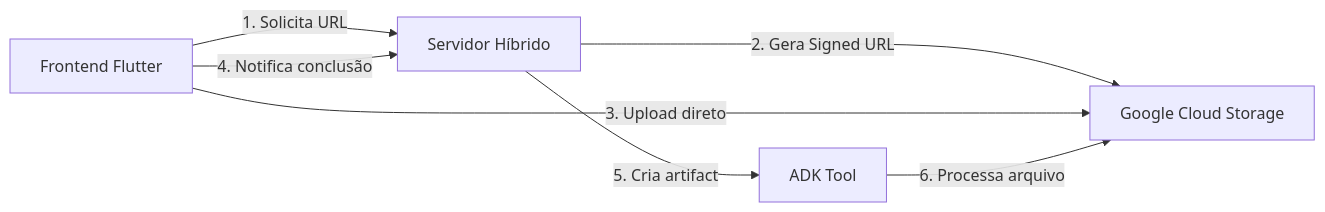
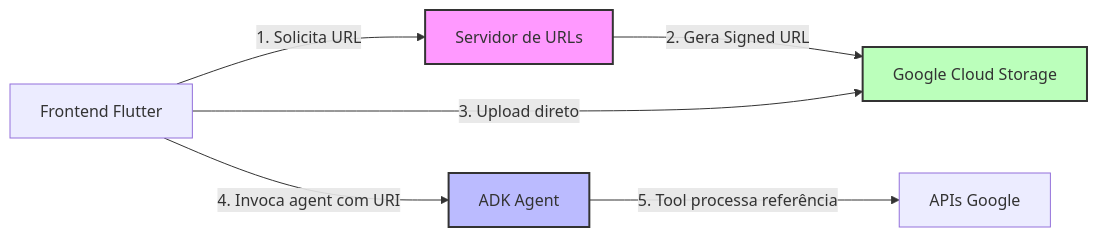
One commit to drdanielnutro/customer-service changed the diagram in PLANO_UPLOAD_GCS.md. Above: the diagram before and after it, drawn with Mermaid. The commit also changed other lines of this file and 2 other files, not shown here.

````diff
--- a/PLANO_UPLOAD_GCS.md
+++ b/PLANO_UPLOAD_GCS.md
@@ -5,9 +7,12 @@
 ```mermaid
 graph LR
-    A[Frontend Flutter] -->|1. Solicita URL| B[Servidor Híbrido]
+    A[Frontend Flutter] -->|1. Solicita URL| B[Servidor de URLs]
     B -->|2. Gera Signed URL| C[Google Cloud Storage]
     A -->|3. Upload direto| C
-    A -->|4. Notifica conclusão| B
-    B -->|5. Cria artifact| D[ADK Tool]
-    D -->|6. Processa arquivo| C
+    A -->|4. Invoca agent com URI| D[ADK Agent]
+    D -->|5. Tool processa referência| E[APIs Google]
+    
+    style B fill:#f9f,stroke:#333,stroke-width:2px
+    style D fill:#bbf,stroke:#333,stroke-width:2px
+    style C fill:#bfb,stroke:#333,stroke-width:2px
 ```
````
